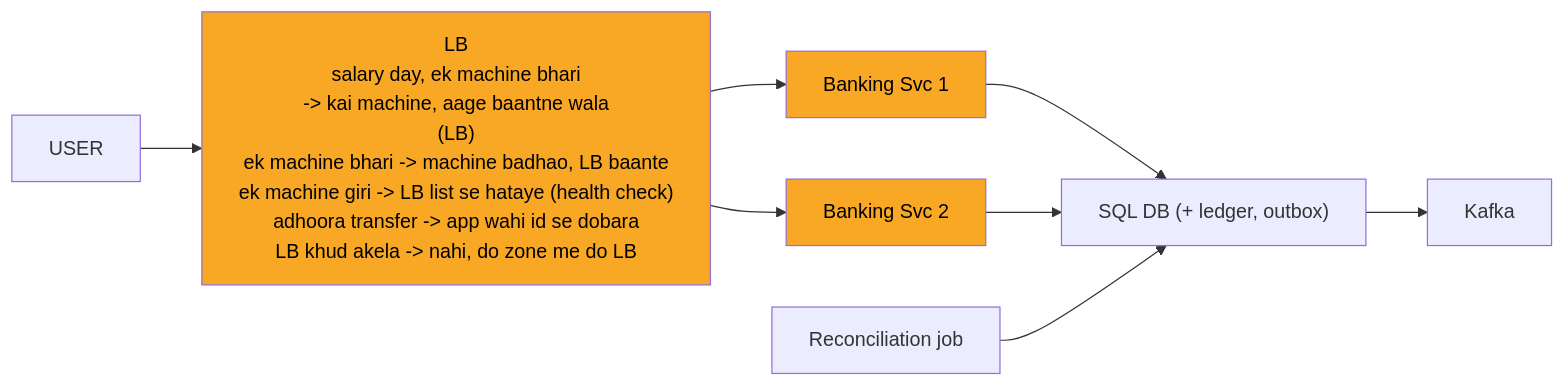
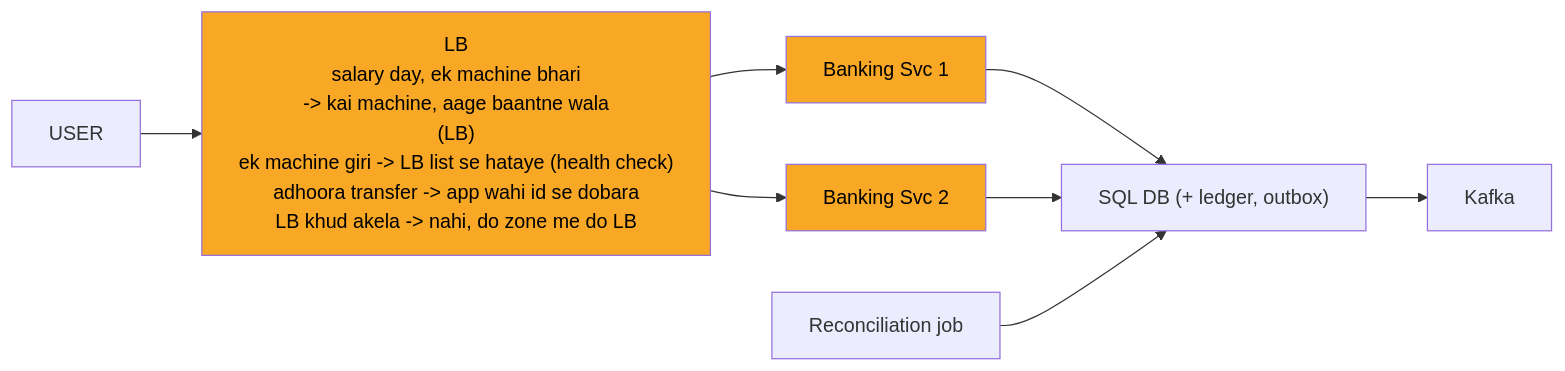
The eighth of 13 diagrams in 04_HLD/SYSTEM_DESIGNS/13_banking_system/13_banking_system.md (ArpanMaheshwari144/Prep), drawn with Mermaid before and after one commit. The commit also changed other lines of this file and 13 other files, not shown here.

````diff
--- a/04_HLD/SYSTEM_DESIGNS/13_banking_system/13_banking_system.md
+++ b/04_HLD/SYSTEM_DESIGNS/13_banking_system/13_banking_system.md
@@ -264,21 +264,21 @@
 ```mermaid
 %%{init: {"flowchart": {"wrappingWidth": 450}}}%%
 flowchart LR
     n_USER["USER"]
-    n_LB["LB<br/>salary day, ek machine bhari<br/>-> kai machine, aage baantne wala<br/>(LB)<br/>ek machine bhari -> machine badhao, LB baante<br/>ek machine giri -> LB list se hataye (health check)<br/>adhoora transfer -> app wahi id se dobara<br/>LB khud akela -> nahi, do zone me do LB"]
+    n_LB["LB<br/>salary day, ek machine bhari<br/>-> kai machine, aage baantne wala<br/>(LB)<br/>ek machine giri -> LB list se hataye (health check)<br/>adhoora transfer -> app wahi id se dobara<br/>LB khud akela -> nahi, do zone me do LB"]
     n_S1["Banking Svc 1"]
     n_S2["Banking Svc 2"]
     n_DB["SQL DB (+ ledger, outbox)"]
     n_K["Kafka"]
     n_REC["Reconciliation job"]
     n_USER --> n_LB
     n_LB --> n_S1
     n_LB --> n_S2
     n_S1 --> n_DB
     n_S2 --> n_DB
     n_DB --> n_K
     n_REC --> n_DB
     style n_LB fill:#f9a825,color:#000
     style n_S1 fill:#f9a825,color:#000
     style n_S2 fill:#f9a825,color:#000
 ```
````
